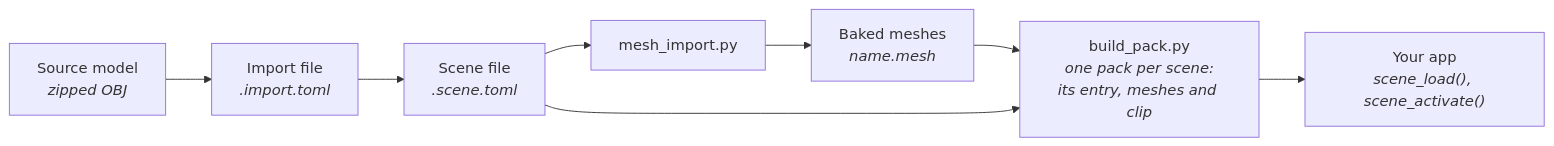
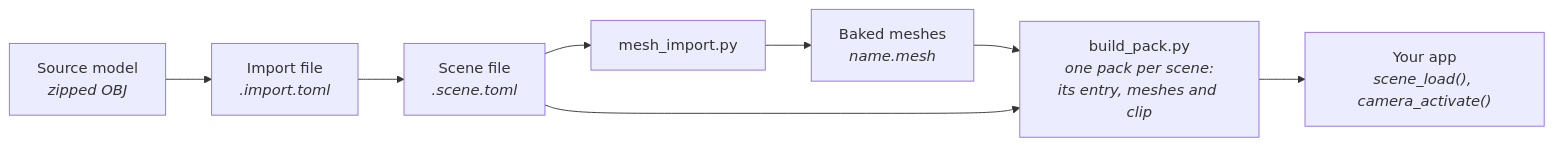
The diagram in docs/render/Building-a-Scene.md (jose-villegas/autana), drawn with Mermaid before and after one commit. The commit also changed other lines of this file and 87 other files, not shown here.

First line of the commit message:
scene: one world of generational entities; scenes load async as subtrees under a root (autana-91u9d)

````diff
--- a/docs/render/Building-a-Scene.md
+++ b/docs/render/Building-a-Scene.md
@@ -8,10 +8,10 @@
 ```mermaid
 flowchart LR
     Model["Source model<br/><i>zipped OBJ</i>"] --> Import["Import file<br/><i>.import.toml</i>"]
     Import --> Scene["Scene file<br/><i>.scene.toml</i>"]
     Scene --> Bake["mesh_import.py"]
     Bake --> Meshes["Baked meshes<br/><i>name.mesh</i>"]
     Meshes --> Pack["build_pack.py<br/><i>one pack per scene:<br/>its entry, meshes and clip</i>"]
     Scene --> Pack
-    Pack --> Draw["Your app<br/><i>scene_load(), scene_activate()</i>"]
+    Pack --> Draw["Your app<br/><i>scene_load(), camera_activate()</i>"]
 ```
````
